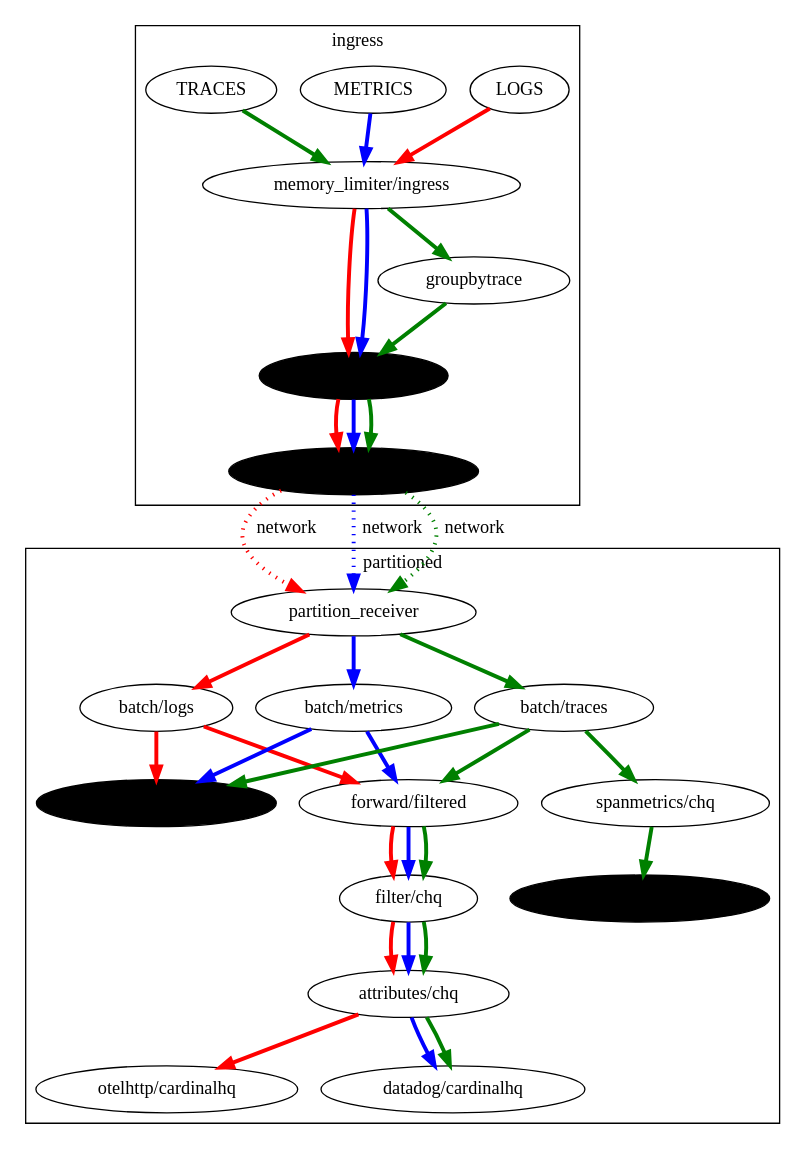
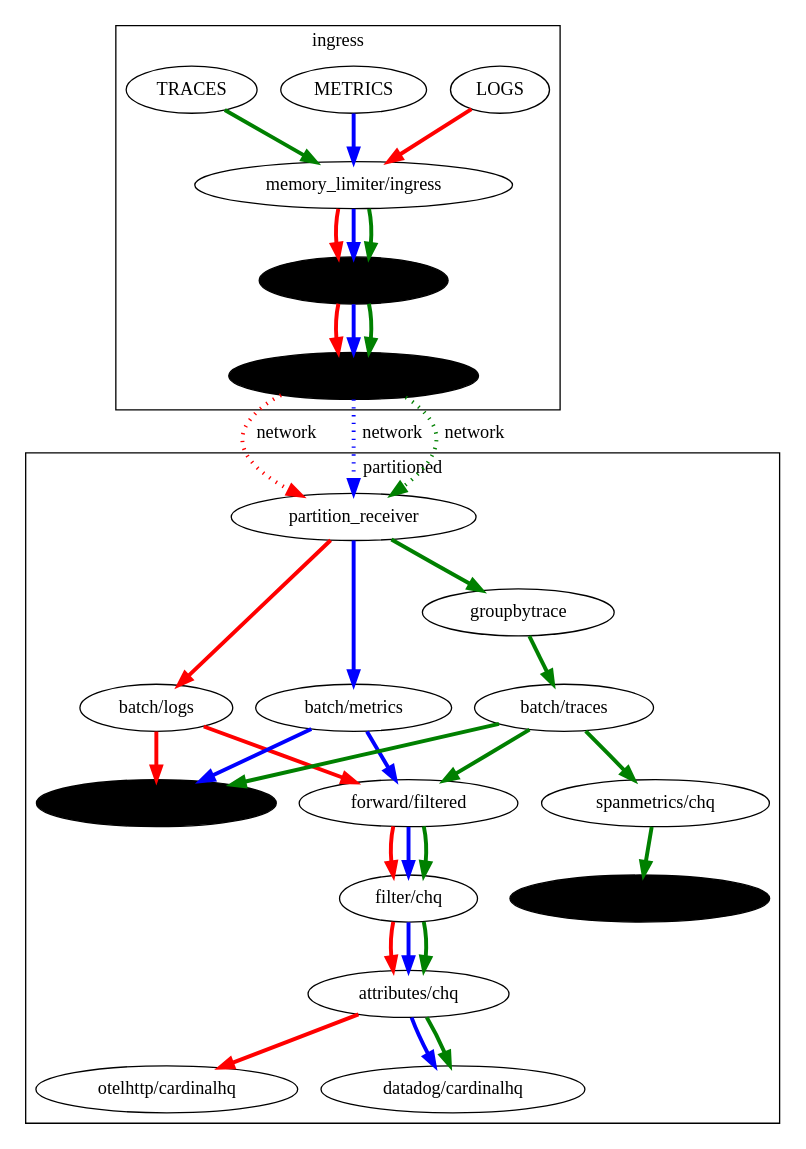
The diagram in kubernetes/gke-dev/doc/processor.dot (cardinalhq/cardinalhq-otel-collector), drawn with Graphviz before and after one commit. The commit also changed 1 other file, not shown here.

Commit message:
adjust graph

```diff
--- a/kubernetes/gke-dev/doc/processor.dot
+++ b/kubernetes/gke-dev/doc/processor.dot
@@ -1,85 +1,85 @@
 digraph {
     edge [penwidth=3.0];
     compound=true;
 
     subgraph cluster_ingress {
         label="ingress";
 
         chqdecorator [style=filled,fillcolor="#ddf"];
         partition_exporter [style=filled,fillcolor="#ddf"];
 
         subgraph {
             edge [color=red];
             LOGS -> "memory_limiter/ingress";
             "memory_limiter/ingress" -> "chqdecorator";
             "chqdecorator" -> "partition_exporter";
         }
 
         subgraph {
             edge [color=blue];
             METRICS -> "memory_limiter/ingress";
             "memory_limiter/ingress" -> "chqdecorator";
             "chqdecorator" -> "partition_exporter";
         }
 
         subgraph {
             edge [color=green];
             TRACES -> "memory_limiter/ingress";
-            "memory_limiter/ingress" -> "groupbytrace";
-            "groupbytrace" -> "chqdecorator";
+            "memory_limiter/ingress" -> "chqdecorator";
             "chqdecorator" -> "partition_exporter";
         }
     }
 
     subgraph cluster_partitioned {
         label="partitioned";
 
         "awss3/cardinalhq" [style=filled,fillcolor="#ddf"];
         "awss3/spanmetrics" [style=filled,fillcolor="#ddf"];
 
         subgraph {
             edge [color=red];
             "partition_receiver" -> "batch/logs";
             "batch/logs" -> "awss3/cardinalhq";
             "batch/logs" -> "forward/filtered";
             "forward/filtered" -> "filter/chq" -> "attributes/chq";
             "attributes/chq" -> "otelhttp/cardinalhq";
         }
 
         subgraph {
             edge [color=blue];
             "partition_receiver" -> "batch/metrics";
             "batch/metrics" -> "awss3/cardinalhq";
             "batch/metrics" -> "forward/filtered";
             "forward/filtered" -> "filter/chq" -> "attributes/chq";
             "attributes/chq" -> "datadog/cardinalhq";
         }
 
         subgraph {
             edge [color=green];
-            "partition_receiver" -> "batch/traces";
+            "partition_receiver" -> "groupbytrace";
+            "groupbytrace" -> "batch/traces";
             "batch/traces" -> { "awss3/cardinalhq" "forward/filtered" "spanmetrics/chq" };
             "forward/filtered" -> "filter/chq" -> "attributes/chq";
             "attributes/chq" -> "datadog/cardinalhq";
             "spanmetrics/chq" -> "awss3/spanmetrics";
         }
     }
 
     subgraph cluster_network {
         edge [label="network",style=dotted];
         subgraph {
             edge [color=red];
             "partition_exporter" -> "partition_receiver";
         }
 
         subgraph {
             edge [color=blue];
             "partition_exporter" -> "partition_receiver";
         }
 
         subgraph {
             edge [color=green];
             "partition_exporter" -> "partition_receiver";
         }
     }
 }
```
